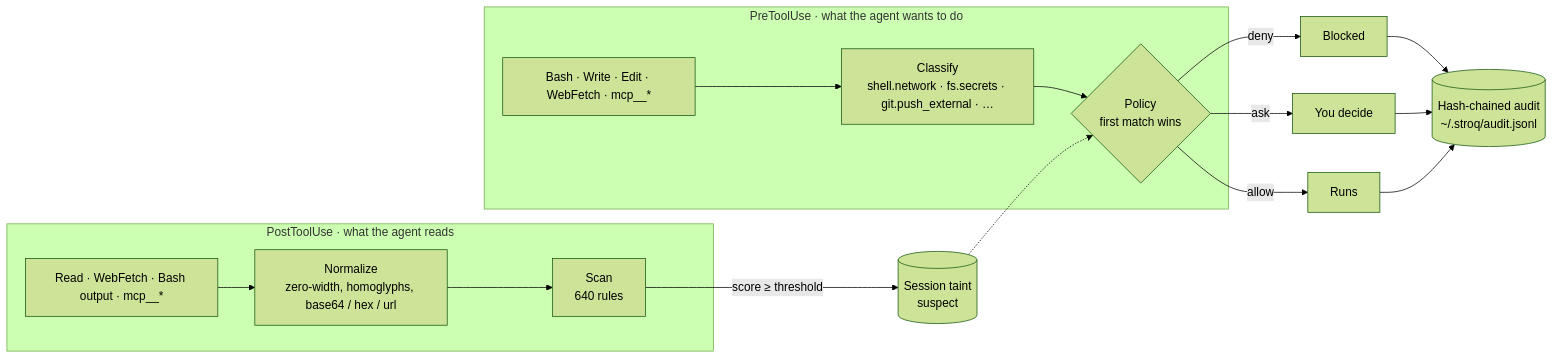
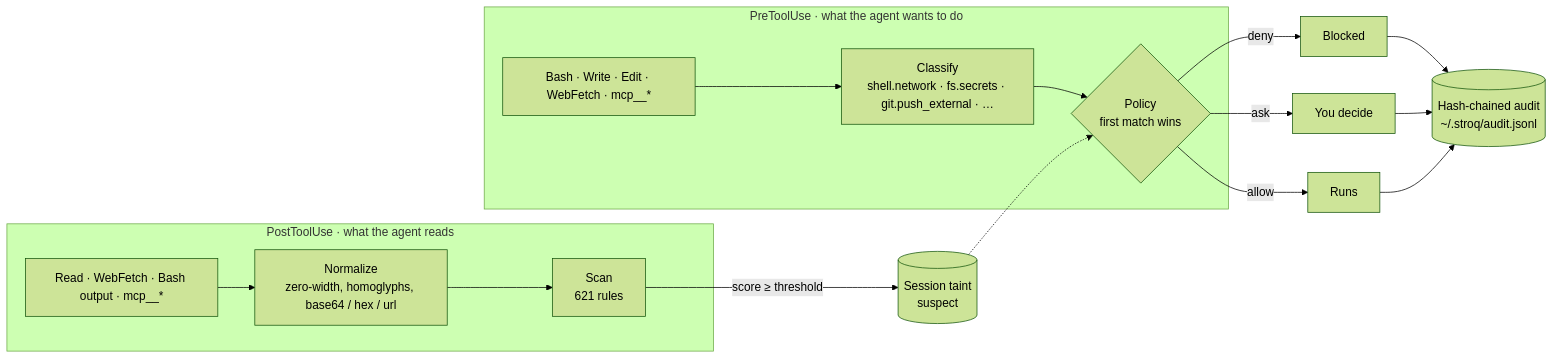
The diagram in docs/GUIDE.md (AGGIB/Stroq), drawn with Mermaid (forest theme) before and after one commit. The commit also changed other lines of this file and 12 other files, not shown here.

````diff
--- a/docs/GUIDE.md
+++ b/docs/GUIDE.md
@@ -407,17 +412,17 @@
 ```mermaid
 flowchart LR
     subgraph read [" PostToolUse · what the agent reads "]
         R[Read · WebFetch · Bash output · mcp__*] --> N[Normalize<br/>zero-width, homoglyphs, base64 / hex / url]
-        N --> S[Scan<br/>640 rules]
+        N --> S[Scan<br/>621 rules]
     end
     S -- "score ≥ threshold" --> T[(Session taint<br/>suspect)]
     subgraph act [" PreToolUse · what the agent wants to do "]
         A[Bash · Write · Edit · WebFetch · mcp__*] --> C[Classify<br/>shell.network · fs.secrets · git.push_external · …]
         C --> P{Policy<br/>first match wins}
     end
     T -.-> P
     P -- deny --> D[Blocked]
     P -- ask --> K[You decide]
     P -- allow --> G[Runs]
     D & K & G --> L[(Hash-chained audit<br/>~/.stroq/audit.jsonl)]
 ```
````
